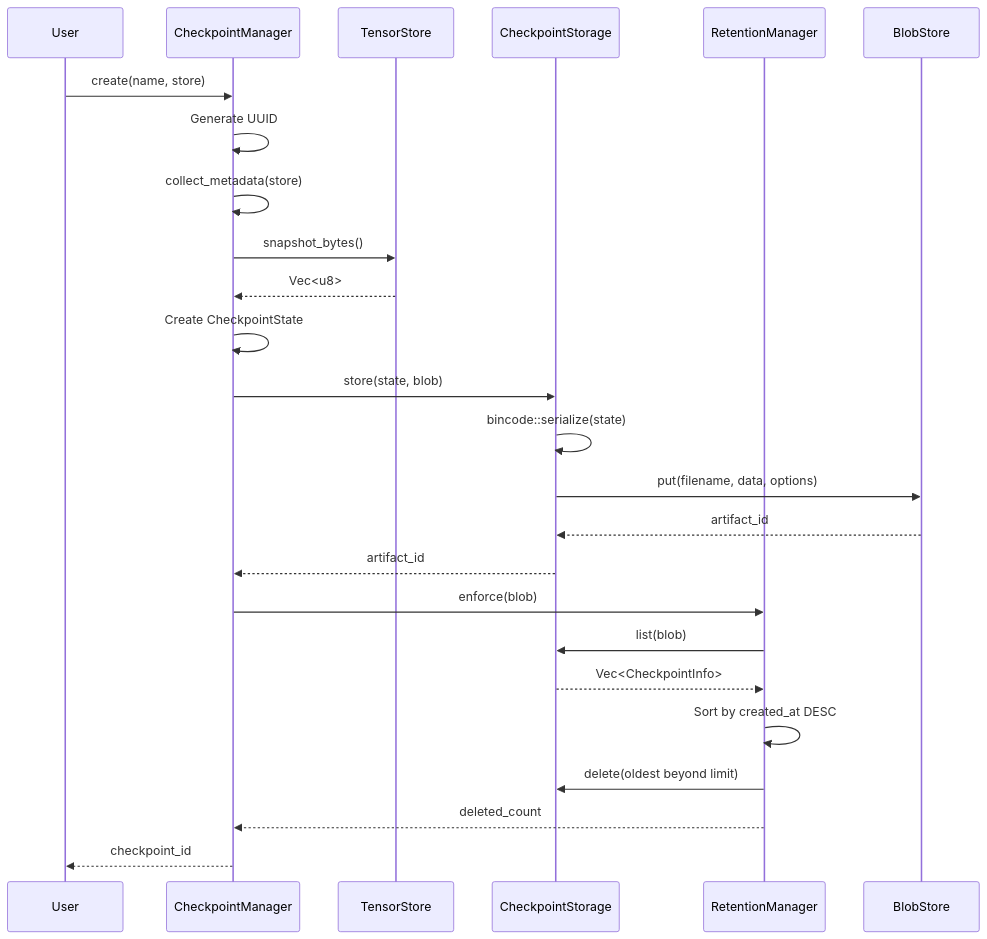
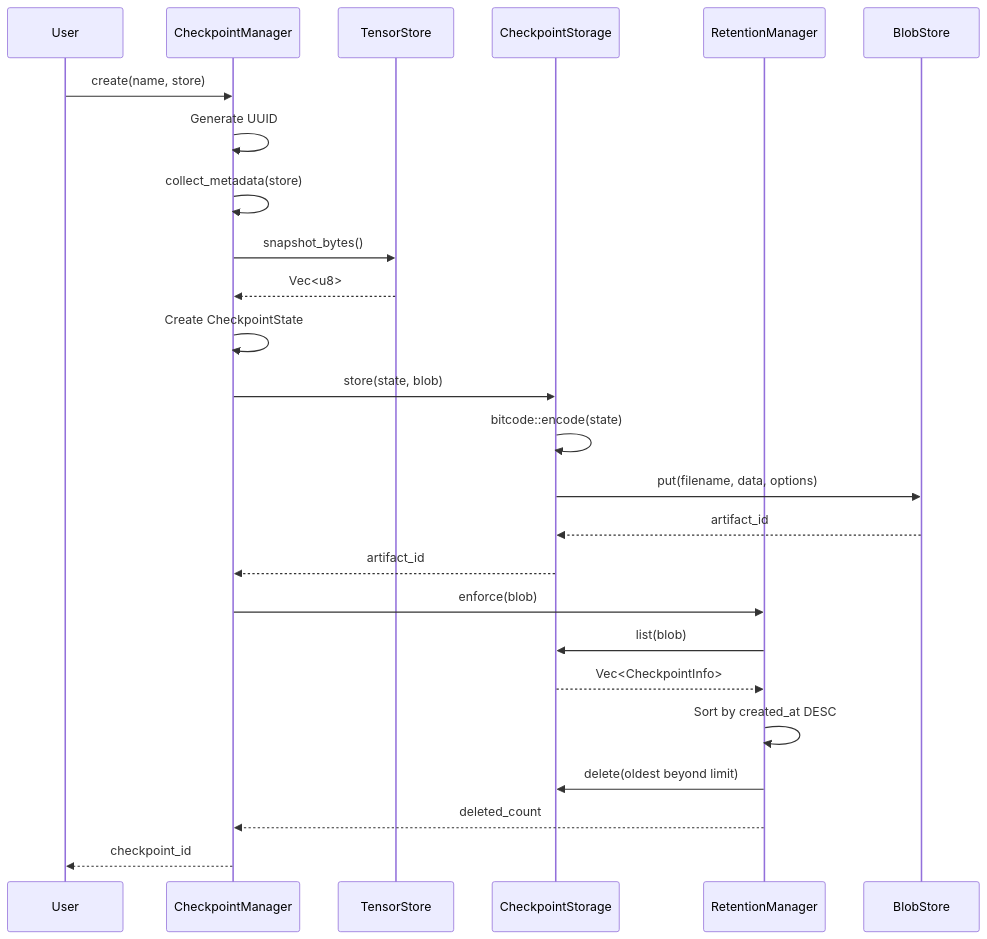
The second of 3 diagrams in docs/book/src/architecture/tensor-checkpoint.md (Shadylukin/Neumann), drawn with Mermaid before and after one commit. The commit also changed other lines of this file and 2 other files, not shown here.

Commit message:
Update documentation to reflect bitcode migration
Replace all bincode references in documentation with bitcode:
- embedding-state.md: Update serialization examples
- tensor-checkpoint.md: Update diagrams to show bitcode::encode/decode
- tensor-cache.md: Update error handling example

````diff
--- a/docs/book/src/architecture/tensor-checkpoint.md
+++ b/docs/book/src/architecture/tensor-checkpoint.md
@@ -115,28 +115,28 @@
 ```mermaid
 sequenceDiagram
     participant User
     participant Manager as CheckpointManager
     participant Store as TensorStore
     participant Storage as CheckpointStorage
     participant Retention as RetentionManager
     participant Blob as BlobStore
 
     User->>Manager: create(name, store)
     Manager->>Manager: Generate UUID
     Manager->>Manager: collect_metadata(store)
     Manager->>Store: snapshot_bytes()
     Store-->>Manager: Vec<u8>
     Manager->>Manager: Create CheckpointState
     Manager->>Storage: store(state, blob)
-    Storage->>Storage: bincode::serialize(state)
+    Storage->>Storage: bitcode::encode(state)
     Storage->>Blob: put(filename, data, options)
     Blob-->>Storage: artifact_id
     Storage-->>Manager: artifact_id
     Manager->>Retention: enforce(blob)
     Retention->>Storage: list(blob)
     Storage-->>Retention: Vec<CheckpointInfo>
     Retention->>Retention: Sort by created_at DESC
     Retention->>Storage: delete(oldest beyond limit)
     Retention-->>Manager: deleted_count
     Manager-->>User: checkpoint_id
 ```
````
